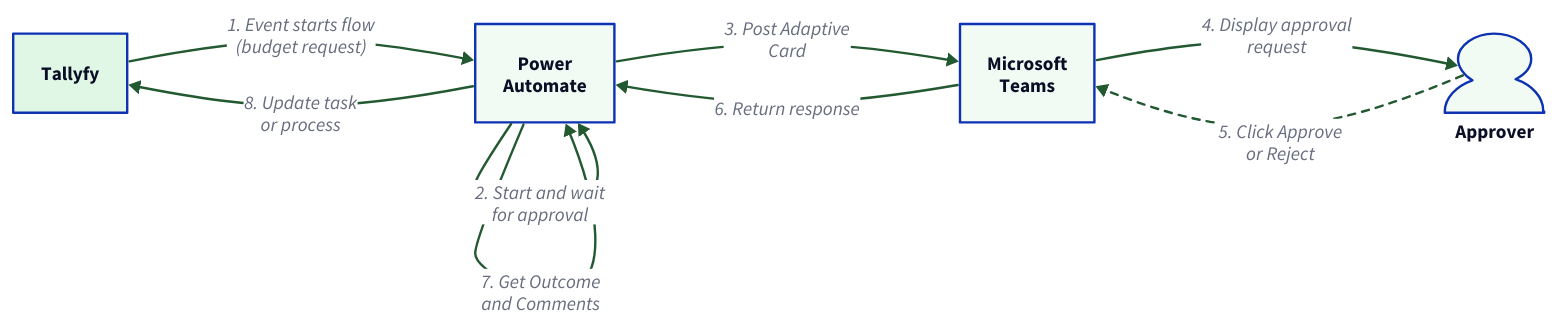
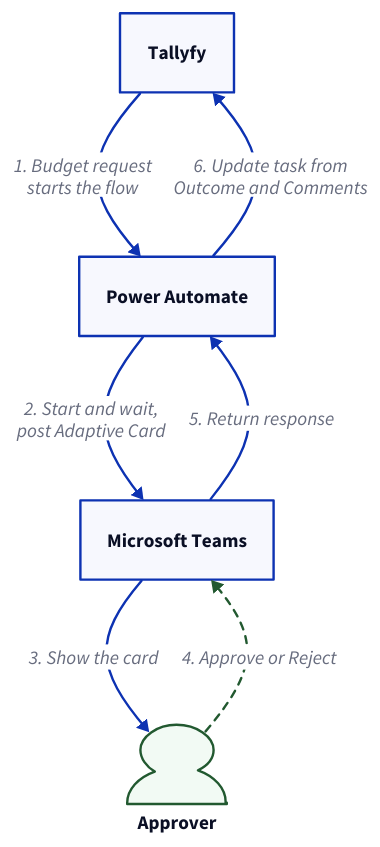
Before and after one commit to tallyfy/documentation: the diagram in src/content/docs/pro/integrations/middleware/power-automate/integrating-power-automate-approvals-with-microsoft-teams.mdx, drawn with D2. The commit also changed other lines of this file and 14 other files, not shown here.

First line of the commit message:
Redraw 15 diagrams and remove 1 so their text reads at full size

````diff
--- a/src/content/docs/pro/integrations/middleware/power-automate/integrating-power-automate-approvals-with-microsoft-teams.mdx
+++ b/src/content/docs/pro/integrations/middleware/power-automate/integrating-power-automate-approvals-with-microsoft-teams.mdx
@@ -73,59 +73,21 @@
 ```d2
-direction: right
-
-Tallyfy: "Tallyfy" {
-  shape: rectangle
-  style.fill: "#e1f7e6"
-}
-
-PA: "Power\nAutomate" {
-  shape: rectangle
-  style.fill: "#f2faf4"
-}
-
-Teams: "Microsoft\nTeams" {
-  shape: rectangle
-  style.fill: "#f2faf4"
-}
-
-Approver: "Approver" {
+# Budget approval round trip from Tallyfy through Teams
+direction: down
+Tallyfy: Tallyfy
+PA: Power Automate
+Teams: Microsoft Teams
+Approver: Approver {
   shape: person
   style.fill: "#f2faf4"
-}
-
-# Budget Approval Request Flow
-Tallyfy -> PA: "1. Event starts flow\n(budget request)" {
   style.stroke: "#225930"
 }
-
-PA -> PA: "2. Start and wait\nfor approval" {
-  style.stroke: "#225930"
-}
-
-PA -> Teams: "3. Post Adaptive\nCard" {
-  style.stroke: "#225930"
-}
-
-Teams -> Approver: "4. Display approval\nrequest" {
-  style.stroke: "#225930"
-}
-
-# Flow paused waiting for response
-Approver -> Teams: "5. Click Approve\nor Reject" {
+Tallyfy -> PA: "1. Budget request\nstarts the flow"
+PA -> Teams: "2. Start and wait,\npost Adaptive Card"
+Teams -> Approver: "3. Show the card"
+Approver -> Teams: "4. Approve or Reject" {
   style.stroke: "#225930"
   style.stroke-dash: 3
 }
-
-Teams -> PA: "6. Return response" {
-  style.stroke: "#225930"
-}
-
-PA -> PA: "7. Get Outcome\nand Comments" {
-  style.stroke: "#225930"
-}
-
-PA -> Tallyfy: "8. Update task\nor process" {
-  style.stroke: "#225930"
-  style.stroke-width: 2
-}
+Teams -> PA: "5. Return response"
+PA -> Tallyfy: "6. Update task from\nOutcome and Comments"
 ```
````
